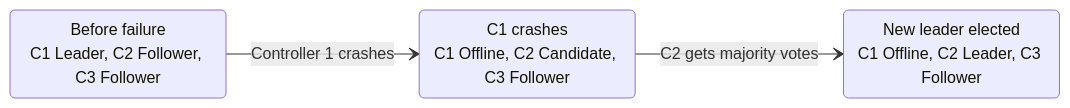
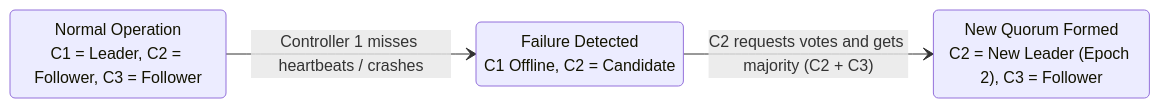
The tenth of 16 diagrams in Inbox/Kafka_Obsidian_Organized/04 - Replication and KRaft/008-KRaft_and_Cluster_Consensus.md (Siddpawar9222/Obsidian-Vault), drawn with Mermaid before and after one commit. The commit also changed other lines of this file and 46 other files, not shown here.

````diff
--- a/Inbox/Kafka_Obsidian_Organized/04 - Replication and KRaft/008-KRaft_and_Cluster_Consensus.md
+++ b/Inbox/Kafka_Obsidian_Organized/04 - Replication and KRaft/008-KRaft_and_Cluster_Consensus.md
@@ -425,9 +307,10 @@
 ```mermaid
 stateDiagram-v2
     direction LR
-    state "Before failure<br/>C1 Leader, C2 Follower, C3 Follower" as S1
-    state "C1 crashes<br/>C1 Offline, C2 Candidate, C3 Follower" as S2
-    state "New leader elected<br/>C1 Offline, C2 Leader, C3 Follower" as S3
-    S1 --> S2: Controller 1 crashes
-    S2 --> S3: C2 gets majority votes
+    state "Normal Operation<br/>C1 = Leader, C2 = Follower, C3 = Follower" as S1
+    state "Failure Detected<br/>C1 Offline, C2 = Candidate" as S2
+    state "New Quorum Formed<br/>C2 = New Leader (Epoch 2), C3 = Follower" as S3
+
+    S1 --> S2: Controller 1 misses heartbeats / crashes
+    S2 --> S3: C2 requests votes and gets majority (C2 + C3)
 ```
````
